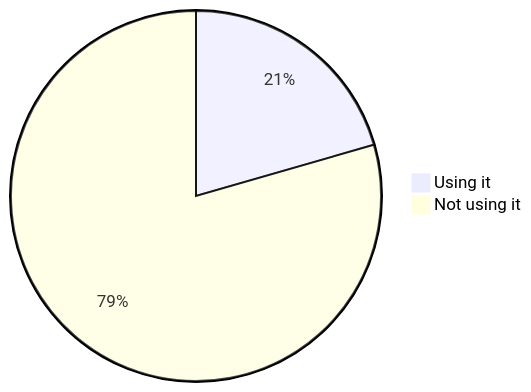
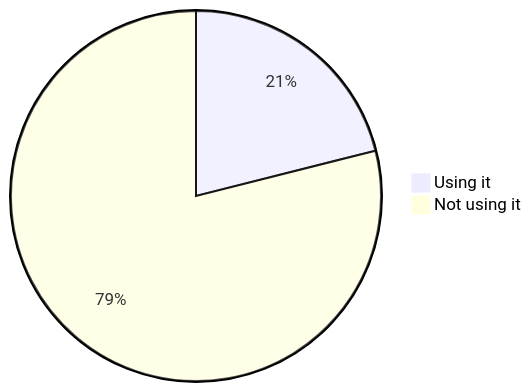
Before and after one commit to oshp/oshp-stats: diagram 13 of 22 in stats.md, drawn with Mermaid. The commit also changed other lines of this file, not shown here.

````diff
--- a/stats.md
+++ b/stats.md
@@ -154,6 +154,6 @@
 ```mermaid
 pie
-	"Using it" : 20.54
-	"Not using it" : 79.46
+	"Using it" : 21.06
+	"Not using it" : 78.94
 
 ```
````
